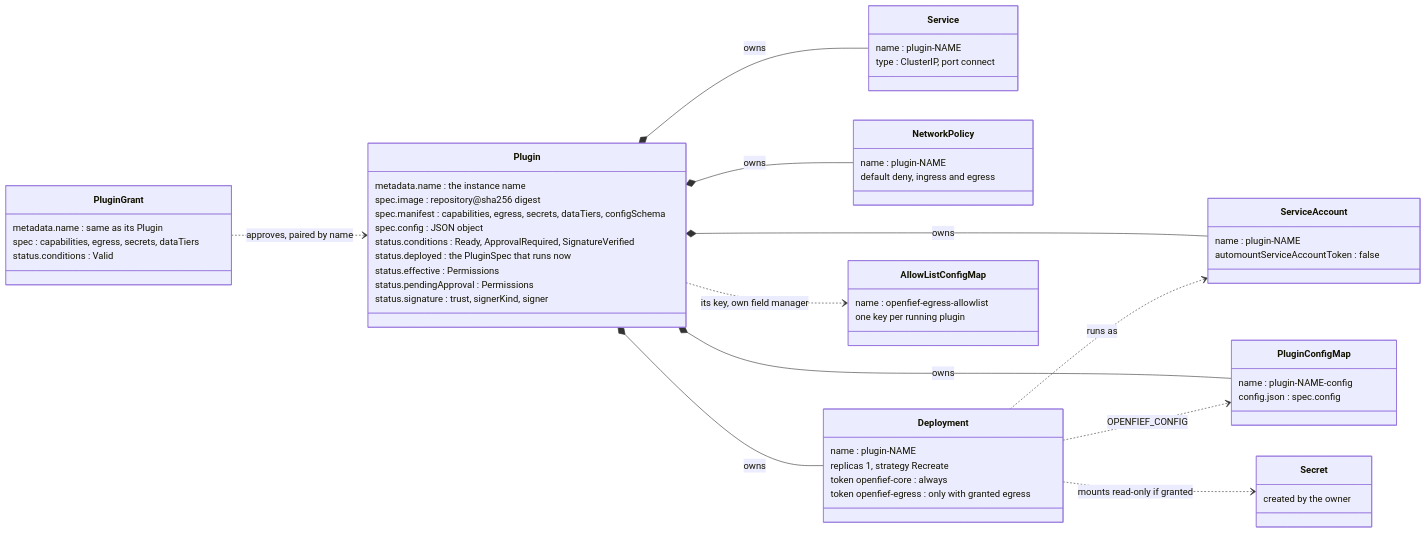
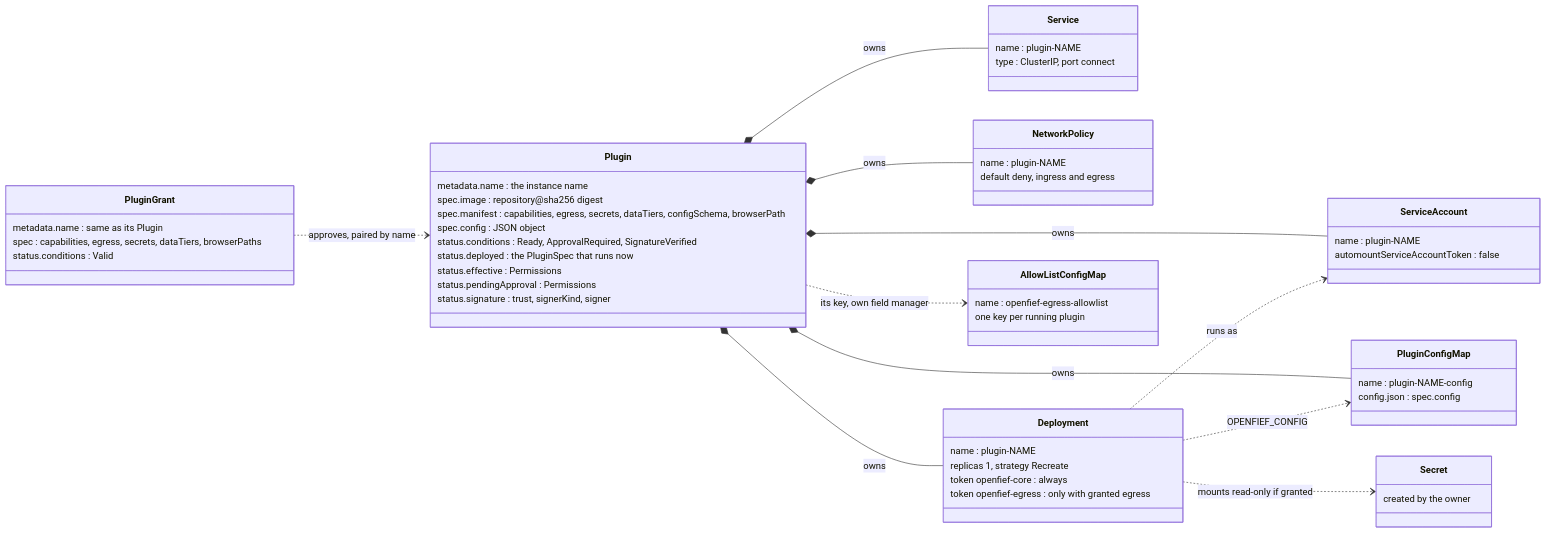
One commit to arkadiuss/openfief changed the first of 4 diagrams in docs/concepts/operator.md. Above: the diagram before and after it, drawn with Mermaid. The commit also changed other lines of this file and 177 other files, not shown here.

````diff
--- a/docs/concepts/operator.md
+++ b/docs/concepts/operator.md
@@ -53,59 +53,59 @@
 ```mermaid
 classDiagram
   direction LR
   class Plugin {
     metadata.name : the instance name
     spec.image : repository@sha256 digest
-    spec.manifest : capabilities, egress, secrets, dataTiers, configSchema
+    spec.manifest : capabilities, egress, secrets, dataTiers, configSchema, browserPath
     spec.config : JSON object
     status.conditions : Ready, ApprovalRequired, SignatureVerified
     status.deployed : the PluginSpec that runs now
     status.effective : Permissions
     status.pendingApproval : Permissions
     status.signature : trust, signerKind, signer
   }
   class PluginGrant {
     metadata.name : same as its Plugin
-    spec : capabilities, egress, secrets, dataTiers
+    spec : capabilities, egress, secrets, dataTiers, browserPaths
     status.conditions : Valid
   }
   class ServiceAccount {
     name : plugin-NAME
     automountServiceAccountToken : false
   }
   class PluginConfigMap {
     name : plugin-NAME-config
     config.json : spec.config
   }
   class Service {
     name : plugin-NAME
     type : ClusterIP, port connect
   }
   class NetworkPolicy {
     name : plugin-NAME
     default deny, ingress and egress
   }
   class Deployment {
     name : plugin-NAME
     replicas 1, strategy Recreate
     token openfief-core : always
     token openfief-egress : only with granted egress
   }
   class AllowListConfigMap {
     name : openfief-egress-allowlist
     one key per running plugin
   }
   class Secret {
     created by the owner
   }
   PluginGrant ..> Plugin : approves, paired by name
   Plugin *-- ServiceAccount : owns
   Plugin *-- PluginConfigMap : owns
   Plugin *-- Service : owns
   Plugin *-- NetworkPolicy : owns
   Plugin *-- Deployment : owns
   Plugin ..> AllowListConfigMap : its key, own field manager
   Deployment ..> ServiceAccount : runs as
   Deployment ..> PluginConfigMap : OPENFIEF_CONFIG
   Deployment ..> Secret : mounts read-only if granted
 ```
````
